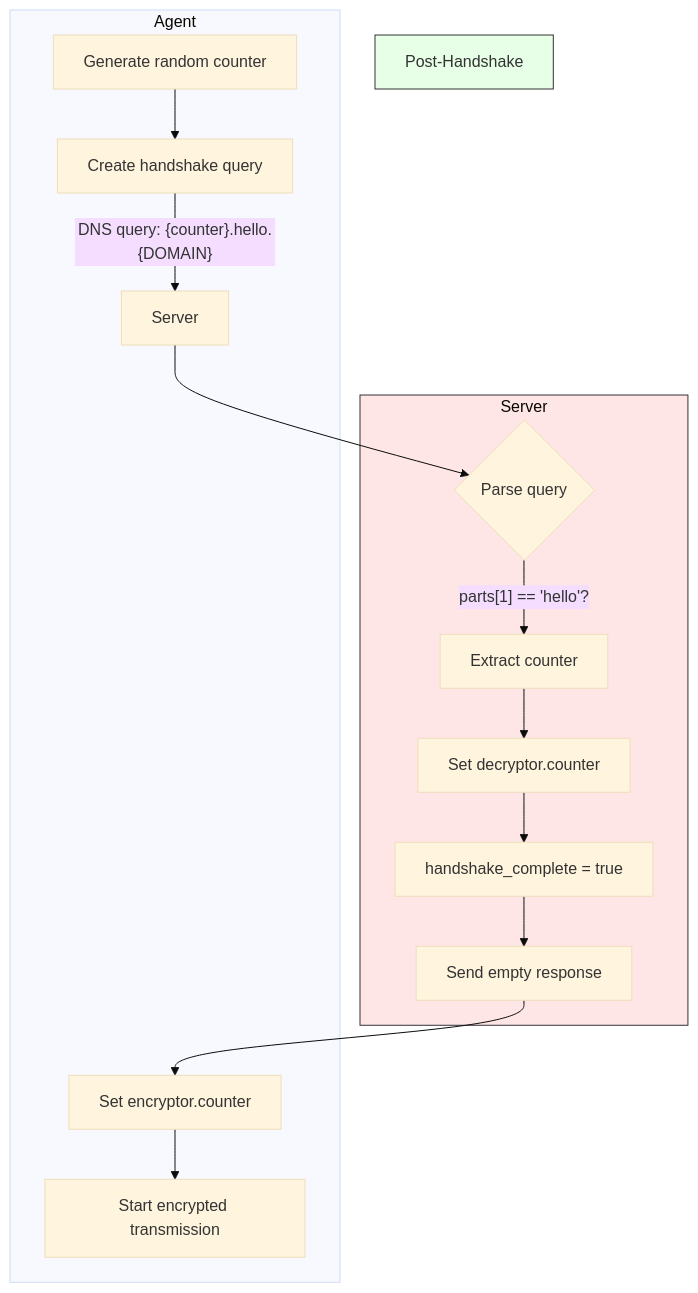
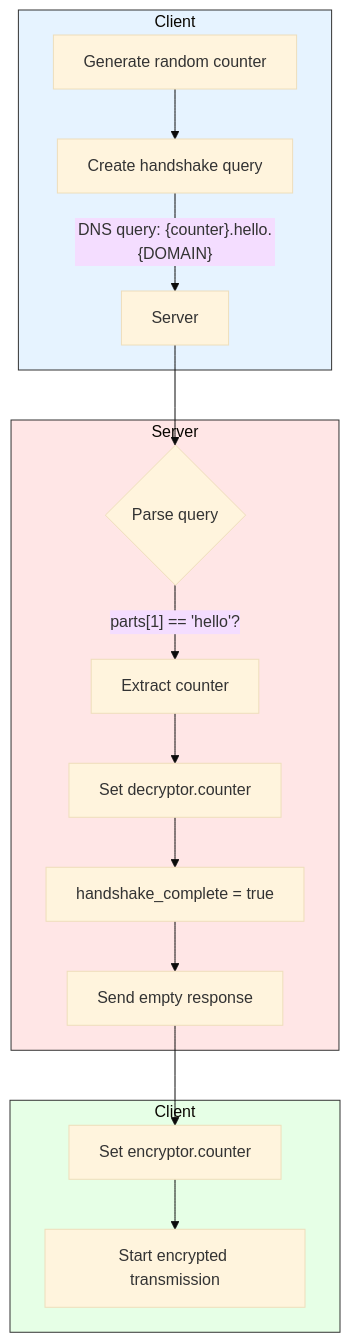
Before and after one commit to rasoul6094/DNS_Tunnel: the fourth of 4 diagrams in README.md, drawn with Mermaid (base theme). The commit also changed other lines of this file, not shown here.

````diff
--- a/README.md
+++ b/README.md
@@ -220,25 +220,25 @@
 ```mermaid
 flowchart TD
-    subgraph Client[Agent]
+    subgraph Agent[Client]
         A[Generate random counter] --> B[Create handshake query]
         B -->|"DNS query: {counter}.hello.{DOMAIN}"| C[Server]
     end
 
     subgraph Server
         C --> D{Parse query}
         D -->|"parts[1] == 'hello'?"| E[Extract counter]
         E --> F[Set decryptor.counter]
         F --> G[handshake_complete = true]
         G --> H[Send empty response]
     end
 
-    subgraph Client[Post-Handshake]
+    subgraph Post-Handshake[Client]
         H --> I[Set encryptor.counter]
         I --> J[Start encrypted transmission]
     end
 
-    style Client fill:#e6f3ff,stroke:#333
+    style Agent fill:#e6f3ff,stroke:#333
     style Server fill:#ffe6e6,stroke:#333
     style Post-Handshake fill:#e6ffe6,stroke:#333
 
 ```
````
